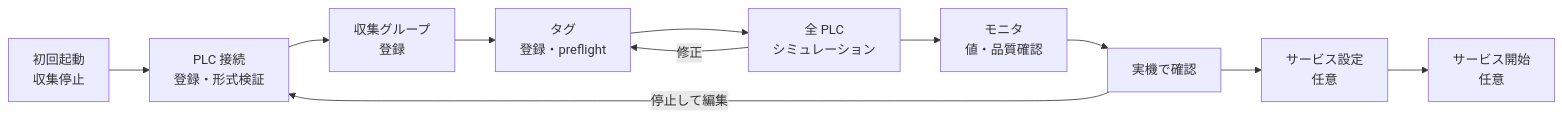
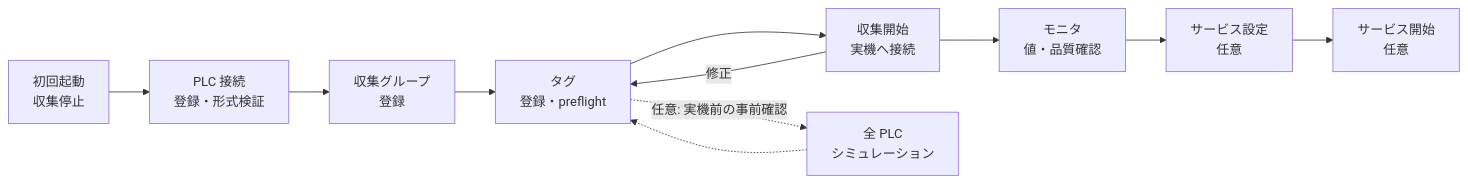
Before and after one commit to tyaro/banto-industrial: the diagram in docs/banto-hub-desktop-plan.md, drawn with Mermaid. The commit also changed other lines of this file and 3 other files, not shown here.

````diff
--- a/docs/banto-hub-desktop-plan.md
+++ b/docs/banto-hub-desktop-plan.md
@@ -1215,13 +1230,13 @@
 ```mermaid
 flowchart LR
     A["初回起動<br/>収集停止"] --> B["PLC 接続<br/>登録・形式検証"]
     B --> C["収集グループ<br/>登録"]
     C --> D["タグ<br/>登録・preflight"]
-    D --> E["全 PLC<br/>シミュレーション"]
+    D --> E["収集開始<br/>実機へ接続"]
     E --> F["モニタ<br/>値・品質確認"]
-    F --> G["実機で確認"]
-    G --> H["サービス設定<br/>任意"]
-    H --> I["サービス開始<br/>任意"]
+    F --> G["サービス設定<br/>任意"]
+    G --> H["サービス開始<br/>任意"]
+    D -.->|"任意: 実機前の事前確認"| Z["全 PLC<br/>シミュレーション"]
+    Z -.-> D
     E -->|"修正"| D
-    G -->|"停止して編集"| B
 ```
````
